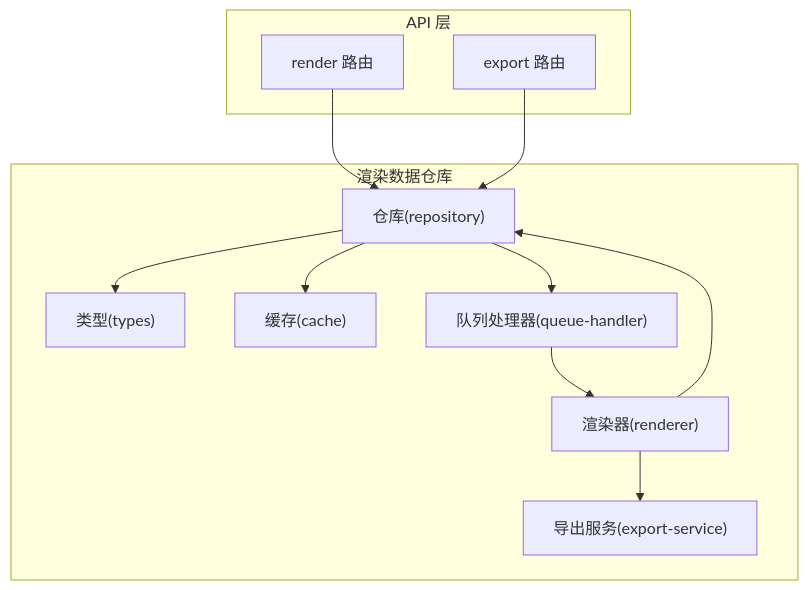
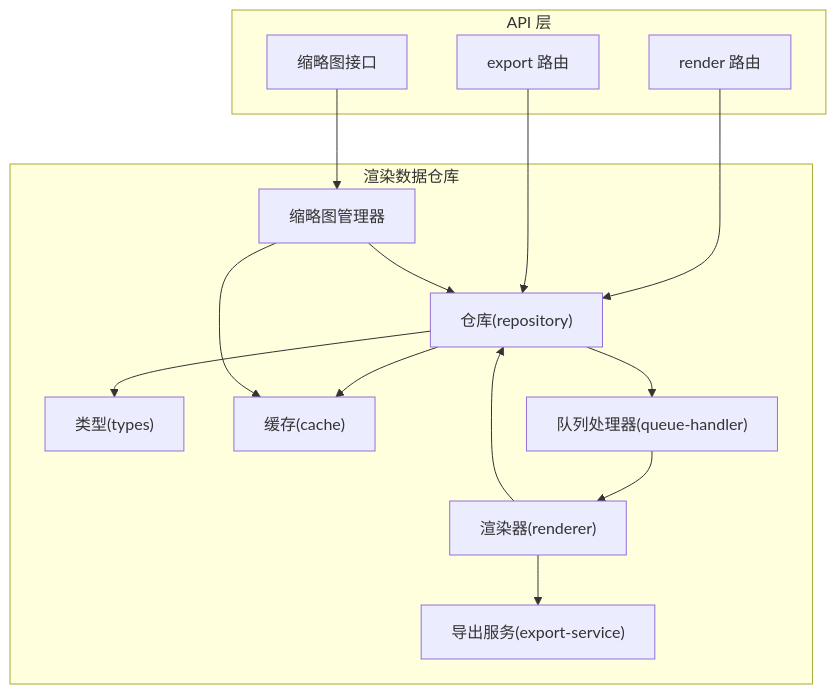
One commit to AIMFllyYS/code-video-canvas changed the first of 5 diagrams in .qoder/repowiki/zh/content/架构设计/核心模块设计/渲染引擎设计/渲染数据仓库.md. Above: the diagram before and after it, drawn with Mermaid. The commit also changed other lines of this file and 20 other files, not shown here.

````diff
--- a/.qoder/repowiki/zh/content/架构设计/核心模块设计/渲染引擎设计/渲染数据仓库.md
+++ b/.qoder/repowiki/zh/content/架构设计/核心模块设计/渲染引擎设计/渲染数据仓库.md
@@ -41,23 +48,28 @@
 ```mermaid
 graph TB
 subgraph "API 层"
 R["render 路由"]
 RE["export 路由"]
+TH["缩略图接口"]
 end
 subgraph "渲染数据仓库"
 Repo["仓库(repository)"]
 Types["类型(types)"]
 Cache["缓存(cache)"]
 QH["队列处理器(queue-handler)"]
 Rend["渲染器(renderer)"]
 Exp["导出服务(export-service)"]
+Thumb["缩略图管理器"]
 end
 R --> Repo
 RE --> Repo
+TH --> Thumb
 Repo --> Cache
 Repo --> QH
 QH --> Rend
 Rend --> Repo
 Rend --> Exp
 Repo --> Types
+Thumb --> Repo
+Thumb --> Cache
 ```
````
